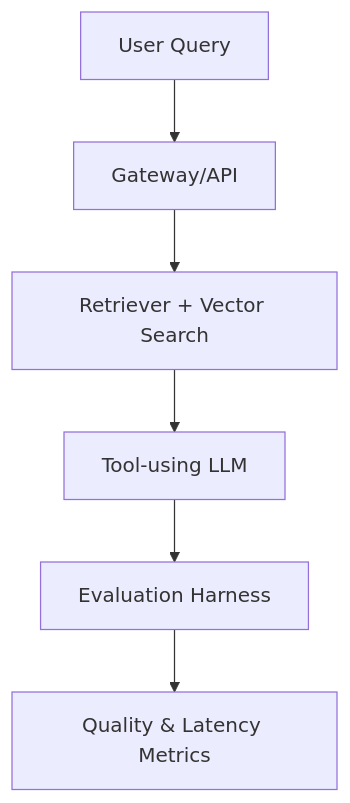
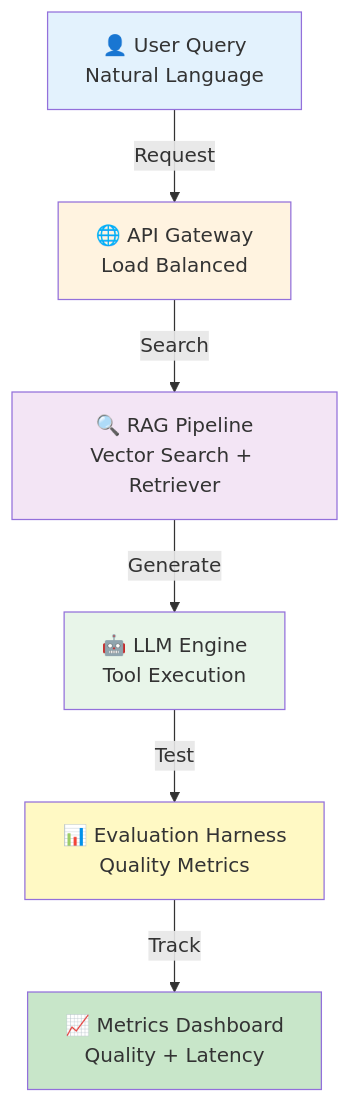
One commit to samueljackson-collab/Samueljackson-collab changed the ninth of 28 diagrams in README.md. Above: the diagram before and after it, drawn with Mermaid. The commit also changed other lines of this file, not shown here.

Commit message:
Enhanced all diagrams with detailed labels, icons, and styling

````diff
--- a/README.md
+++ b/README.md
@@ -315,8 +368,15 @@
 ```mermaid
 flowchart TD
-  User[User Query] --> API[Gateway/API]
-  API --> RAG[Retriever + Vector Search]
-  RAG --> LLM[Tool-using LLM]
-  LLM --> Eval[Evaluation Harness]
-  Eval --> Metrics[Quality & Latency Metrics]
+  User[👤 User Query<br/>Natural Language] -->|Request| API[🌐 API Gateway<br/>Load Balanced]
+  API -->|Search| RAG[🔍 RAG Pipeline<br/>Vector Search + Retriever]
+  RAG -->|Generate| LLM[🤖 LLM Engine<br/>Tool Execution]
+  LLM -->|Test| Eval[📊 Evaluation Harness<br/>Quality Metrics]
+  Eval -->|Track| Metrics[📈 Metrics Dashboard<br/>Quality + Latency]
+  
+  style User fill:#e3f2fd
+  style API fill:#fff3e0
+  style RAG fill:#f3e5f5
+  style LLM fill:#e8f5e9
+  style Eval fill:#fff9c4
+  style Metrics fill:#c8e6c9
 ```
````
